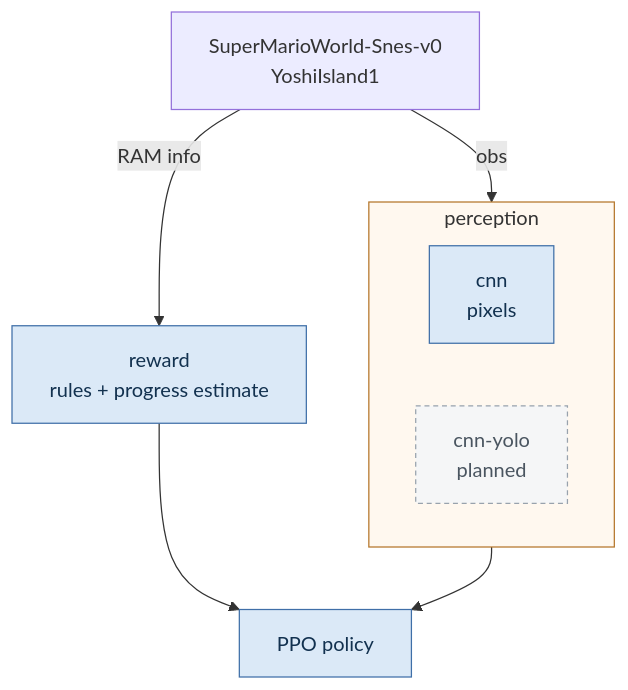
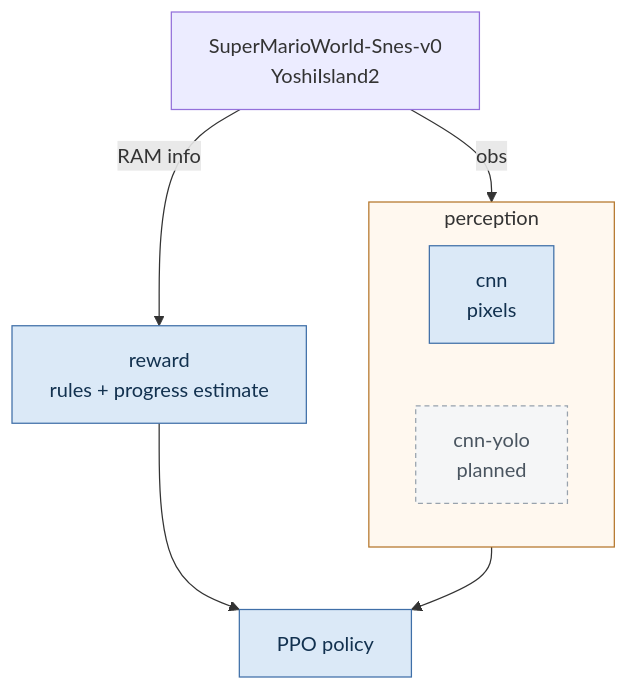
Before and after one commit to jasonkwh/DeepMario-SMW: the first of 2 diagrams in README.md, drawn with Mermaid. The commit also changed other lines of this file and 1 other file, not shown here.

````diff
--- a/README.md
+++ b/README.md
@@ -87,20 +87,20 @@
 ```mermaid
 flowchart TD
-  ENV["SuperMarioWorld-Snes-v0<br/>YoshiIsland1"]
+  ENV["SuperMarioWorld-Snes-v0<br/>YoshiIsland2"]
   subgraph P["perception"]
     direction LR
     CNN["cnn<br/>pixels"]
     YOLO["cnn-yolo<br/>planned"]
   end
   REW["reward<br/>rules + progress estimate"]
   PPO["PPO policy"]
   ENV -->|obs| P
   P --> PPO
   ENV -->|RAM info| REW
   REW --> PPO
   classDef live fill:#dbe9f7,stroke:#3f6fa8,color:#12314f
   classDef todo fill:#f5f6f7,stroke:#98a2ad,stroke-dasharray: 4 3,color:#4a5560
   class CNN,REW,PPO live
   class YOLO todo
   style P fill:#fff8ef,stroke:#b5762a
 ```
````
